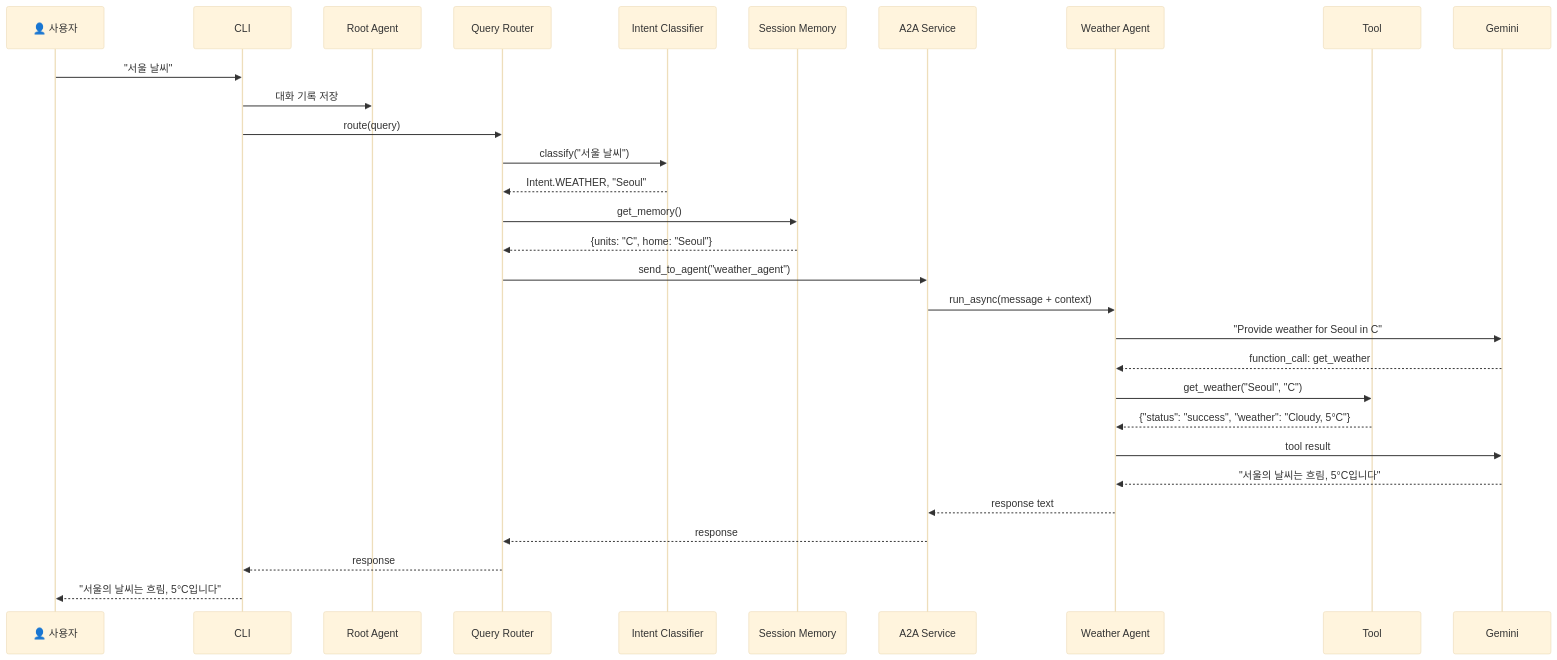
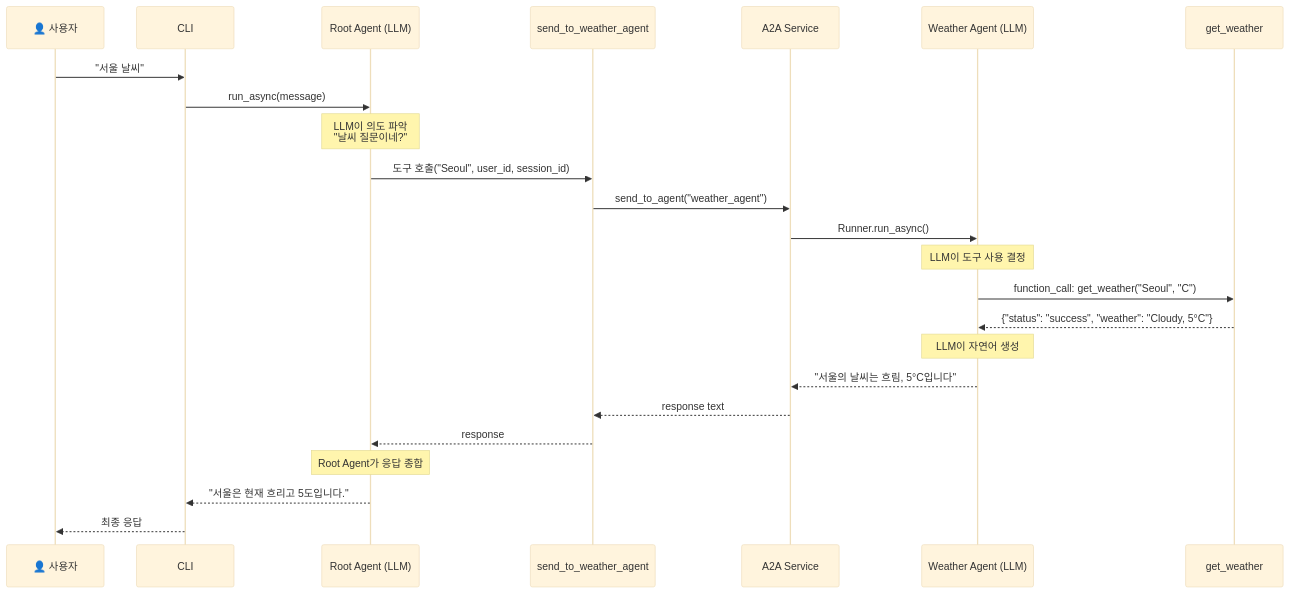
The second of 3 diagrams in README.md (JAEKWANG97/A2A_test), drawn with Mermaid (base theme) before and after one commit. The commit also changed other lines of this file and 10 other files, not shown here.

Commit message:
Refactor to true A2A: Root Agent uses LLM tools for agent communication

````diff
--- a/README.md
+++ b/README.md
@@ -36,38 +53,32 @@
 ```mermaid
 sequenceDiagram
     participant U as 👤 사용자
     participant C as CLI
-    participant R as Root Agent
-    participant QR as Query Router
-    participant IC as Intent Classifier
-    participant SM as Session Memory
+    participant RA as Root Agent (LLM)
+    participant Tool as send_to_weather_agent
     participant A2A as A2A Service
-    participant WA as Weather Agent
-    participant T as Tool
-    participant LLM as Gemini
-
+    participant WA as Weather Agent (LLM)
+    participant WT as get_weather
+    
     U->>C: "서울 날씨"
-    C->>R: 대화 기록 저장
-    C->>QR: route(query)
+    C->>RA: run_async(message)
     
-    QR->>IC: classify("서울 날씨")
-    IC-->>QR: Intent.WEATHER, "Seoul"
+    Note over RA: LLM이 의도 파악<br/>"날씨 질문이네?"
+    RA->>Tool: 도구 호출("Seoul", user_id, session_id)
     
-    QR->>SM: get_memory()
-    SM-->>QR: {units: "C", home: "Seoul"}
+    Tool->>A2A: send_to_agent("weather_agent")
+    A2A->>WA: Runner.run_async()
     
-    QR->>A2A: send_to_agent("weather_agent")
-    A2A->>WA: run_async(message + context)
+    Note over WA: LLM이 도구 사용 결정
+    WA->>WT: function_call: get_weather("Seoul", "C")
+    WT-->>WA: {"status": "success", "weather": "Cloudy, 5°C"}
     
-    WA->>LLM: "Provide weather for Seoul in C"
-    LLM-->>WA: function_call: get_weather
-    WA->>T: get_weather("Seoul", "C")
-    T-->>WA: {"status": "success", "weather": "Cloudy, 5°C"}
+    Note over WA: LLM이 자연어 생성
+    WA-->>A2A: "서울의 날씨는 흐림, 5°C입니다"
+    A2A-->>Tool: response text
+    Tool-->>RA: response
     
-    WA->>LLM: tool result
-    LLM-->>WA: "서울의 날씨는 흐림, 5°C입니다"
-    WA-->>A2A: response text
-    A2A-->>QR: response
-    QR-->>C: response
-    C-->>U: "서울의 날씨는 흐림, 5°C입니다"
+    Note over RA: Root Agent가 응답 종합
+    RA-->>C: "서울은 현재 흐리고 5도입니다."
+    C-->>U: 최종 응답
 ```
````
